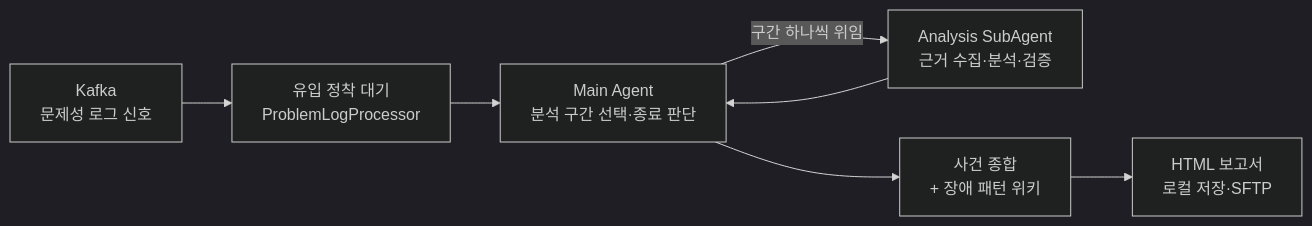
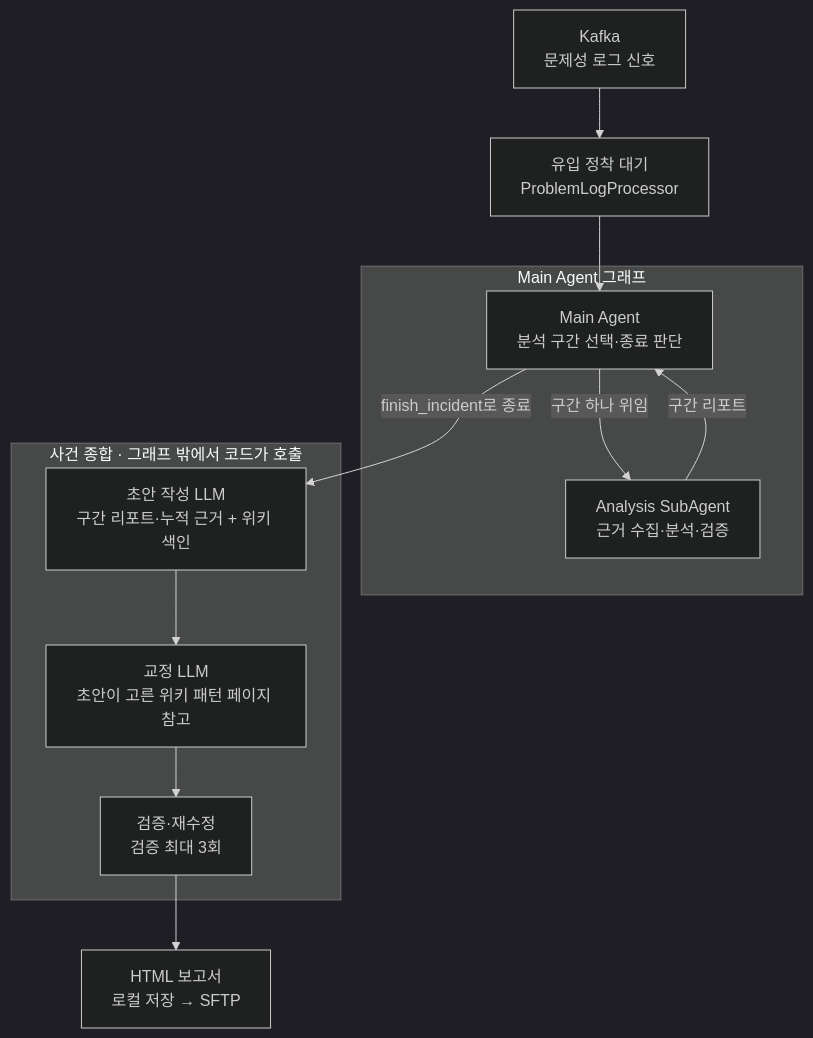
Before and after one commit to BaektotheFuture98/ClusterDoctor: the diagram in README.md, drawn with Mermaid (dark theme). The commit also changed other lines of this file, not shown here.

Commit message:
docs: README 동작 흐름 그림에서 사건 종합을 그래프 밖으로 그리고 첫 구간 설명을 바로잡는다

````diff
--- a/README.md
+++ b/README.md
@@ -53,9 +53,15 @@
 ```mermaid
-flowchart LR
-    K[Kafka<br/>문제성 로그 신호] --> S[유입 정착 대기<br/>ProblemLogProcessor]
-    S --> M[Main Agent<br/>분석 구간 선택·종료 판단]
-    M -->|구간 하나씩 위임| A[Analysis SubAgent<br/>근거 수집·분석·검증]
-    A --> M
-    M --> Y[사건 종합<br/>+ 장애 패턴 위키]
-    Y --> R[HTML 보고서<br/>로컬 저장·SFTP]
+flowchart TD
+    K["Kafka<br/>문제성 로그 신호"] --> S["유입 정착 대기<br/>ProblemLogProcessor"]
+    S --> M
+    subgraph G["Main Agent 그래프"]
+        M["Main Agent<br/>분석 구간 선택·종료 판단"] -->|"구간 하나 위임"| A["Analysis SubAgent<br/>근거 수집·분석·검증"]
+        A -->|"구간 리포트"| M
+    end
+    M -->|"finish_incident로 종료"| Y1
+    subgraph Y["사건 종합 · 그래프 밖에서 코드가 호출"]
+        Y1["초안 작성 LLM<br/>구간 리포트·누적 근거 + 위키 색인"] --> Y2["교정 LLM<br/>초안이 고른 위키 패턴 페이지 참고"]
+        Y2 --> Y3["검증·재수정<br/>검증 최대 3회"]
+    end
+    Y3 --> R["HTML 보고서<br/>로컬 저장 → SFTP"]
 ```
````
